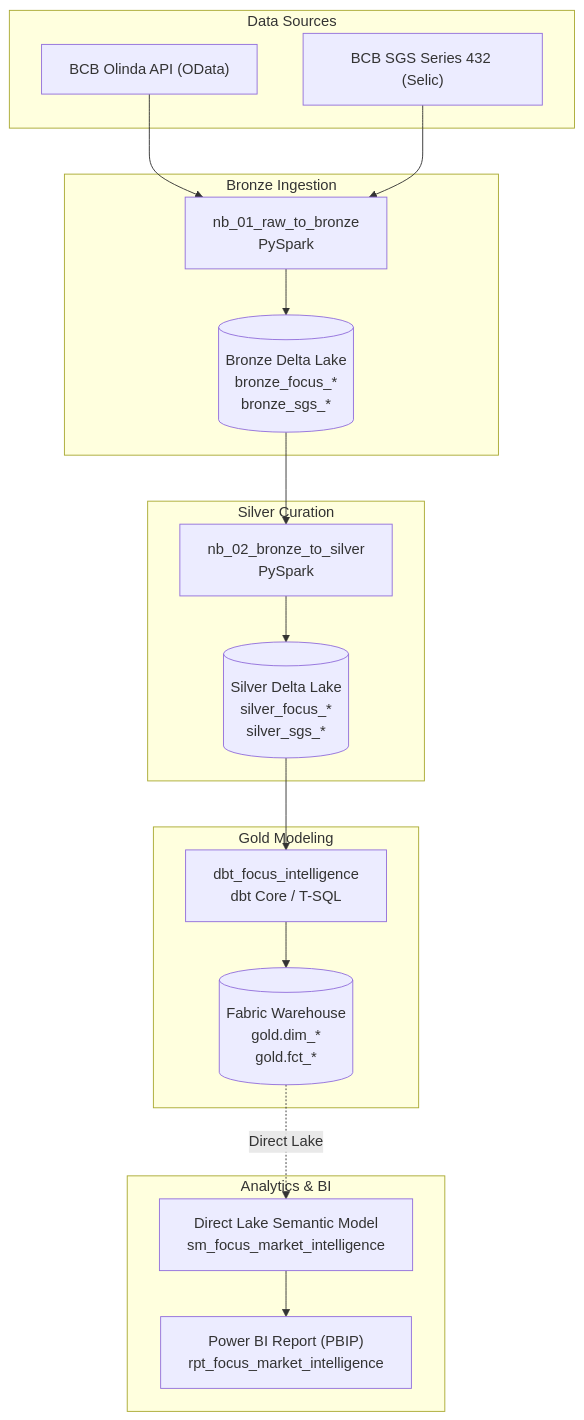
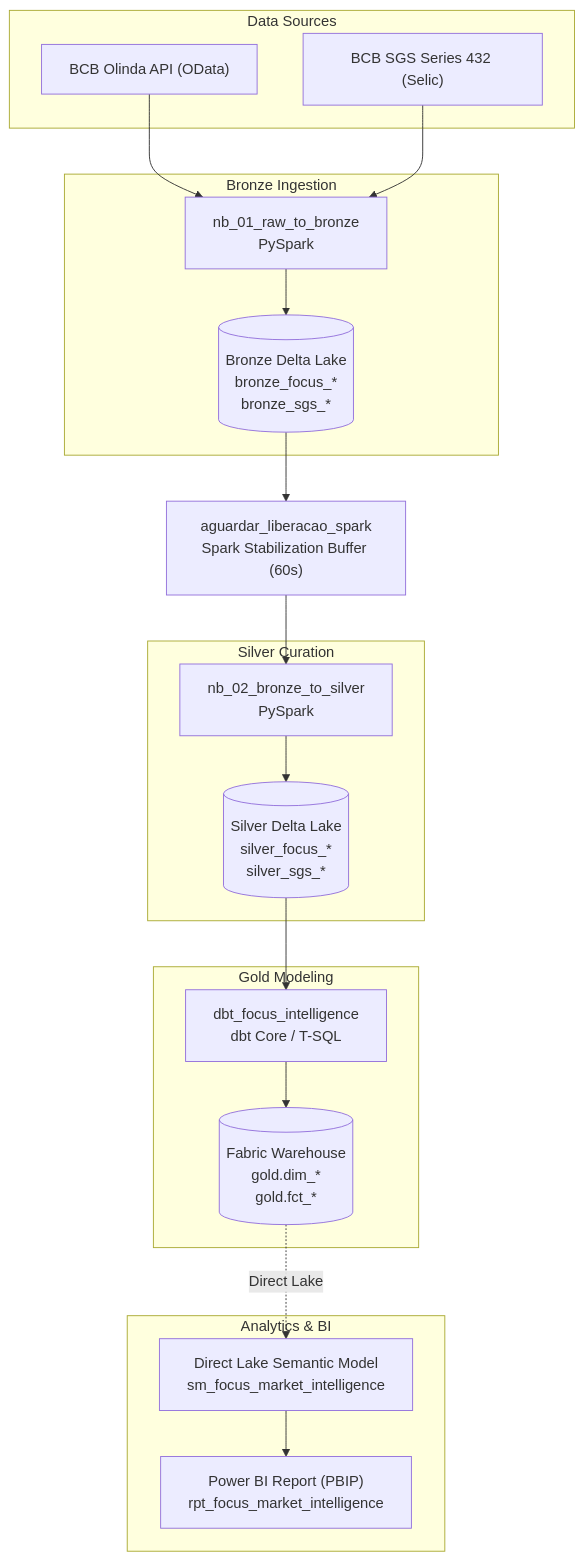
Before and after one commit to leoserpa/fabric-focus-market-intelligence: the diagram in docs/en/reference/data-dictionary.md, drawn with Mermaid. The commit also changed 5 other files, not shown here.

Commit message:
docs: update mermaid architecture diagrams with spark stabilization wait activity

````diff
--- a/docs/en/reference/data-dictionary.md
+++ b/docs/en/reference/data-dictionary.md
@@ -9,37 +9,38 @@
 ```mermaid
 flowchart TD
     subgraph Sources ["Data Sources"]
         API1["BCB Olinda API (OData)"]
         API2["BCB SGS Series 432 (Selic)"]
     end
 
     subgraph Ingestion ["Bronze Ingestion"]
         NB1["nb_01_raw_to_bronze<br/>PySpark"]
         BRONZE[("Bronze Delta Lake<br/>bronze_focus_*<br/>bronze_sgs_*")]
     end
 
     subgraph Curation ["Silver Curation"]
         NB2["nb_02_bronze_to_silver<br/>PySpark"]
         SILVER[("Silver Delta Lake<br/>silver_focus_*<br/>silver_sgs_*")]
     end
 
     subgraph Modeling ["Gold Modeling"]
         DBT["dbt_focus_intelligence<br/>dbt Core / T-SQL"]
         GOLD[("Fabric Warehouse<br/>gold.dim_*<br/>gold.fct_*")]
     end
 
     subgraph Consumption ["Analytics & BI"]
         SM["Direct Lake Semantic Model<br/>sm_focus_market_intelligence"]
         RPT["Power BI Report (PBIP)<br/>rpt_focus_market_intelligence"]
     end
 
     API1 --> NB1
     API2 --> NB1
     NB1 --> BRONZE
-    BRONZE --> NB2
+    BRONZE --> WAIT["aguardar_liberacao_spark<br/>Spark Stabilization Buffer (60s)"]
+    WAIT --> NB2
     NB2 --> SILVER
     SILVER --> DBT
     DBT --> GOLD
     GOLD -.->|Direct Lake| SM
     SM --> RPT
 ```
````
